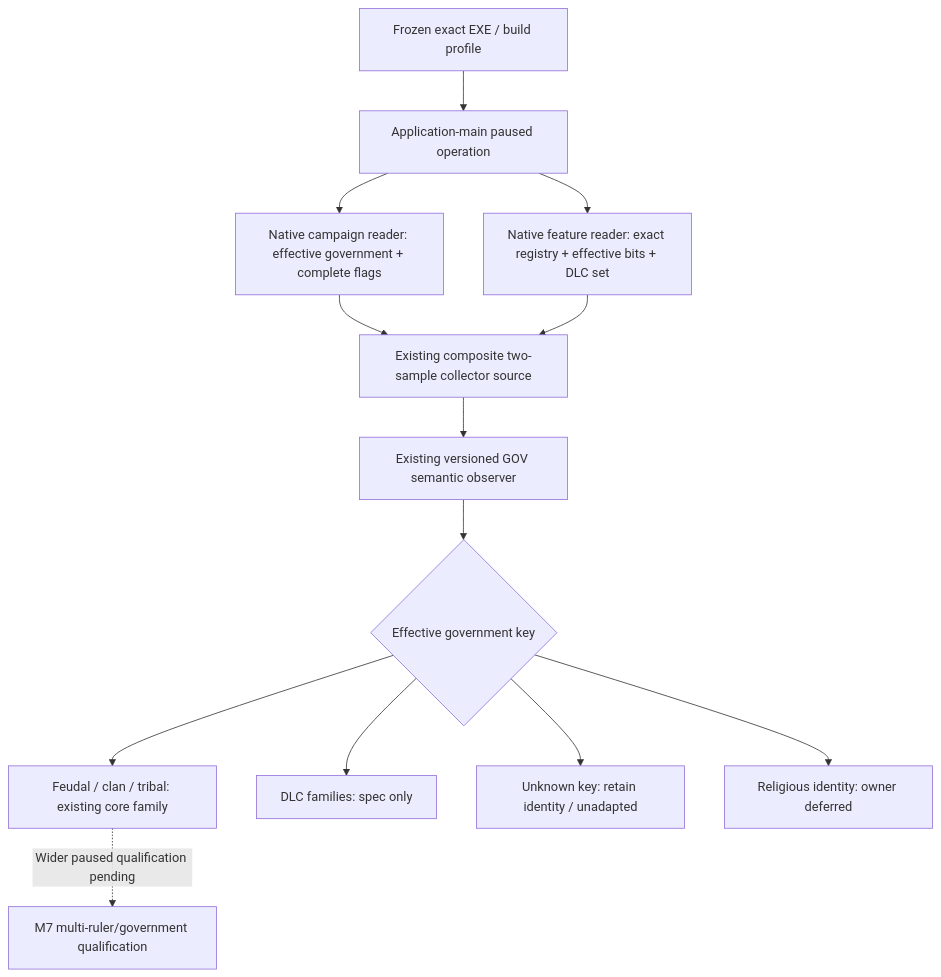
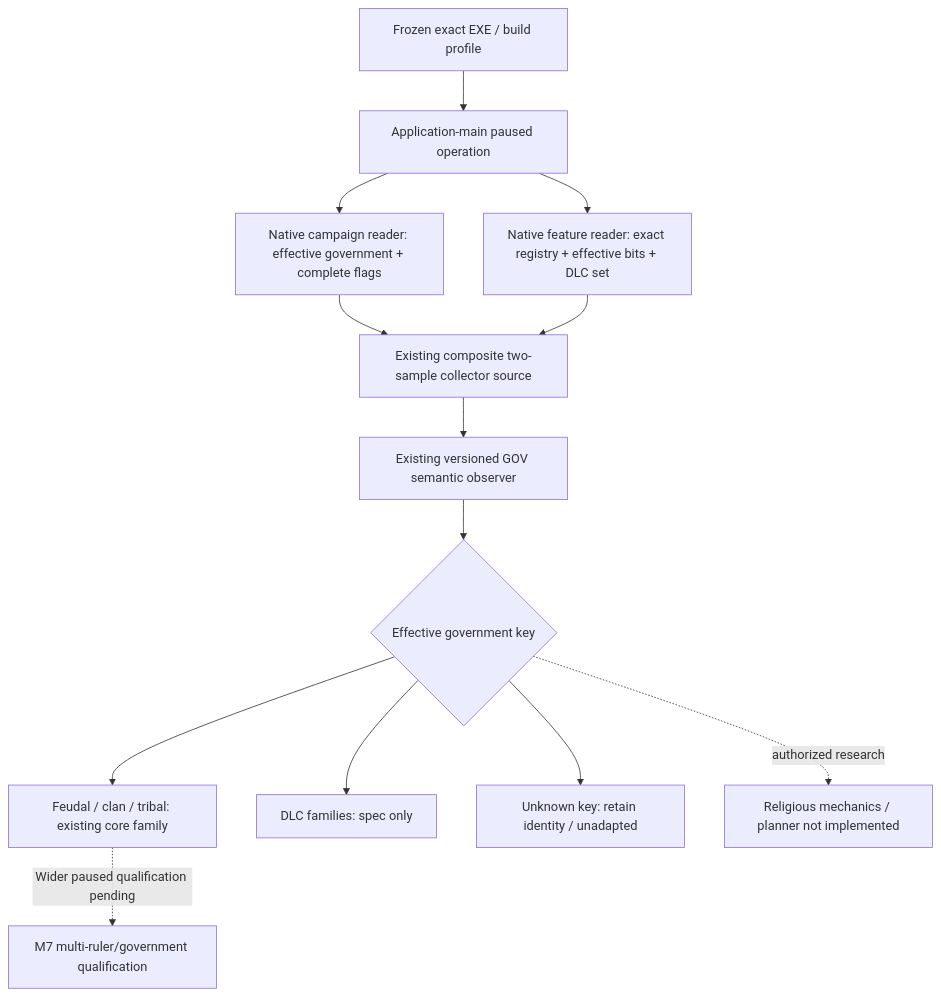
One commit to XenoAmess/ck3_eternal_recurrence changed the diagram in docs/ck3-native-ai/government-runtime-adapter-1.20.0.2.md. Above: the diagram before and after it, drawn with Mermaid. The commit also changed other lines of this file and 69 other files, not shown here.

````diff
--- a/docs/ck3-native-ai/government-runtime-adapter-1.20.0.2.md
+++ b/docs/ck3-native-ai/government-runtime-adapter-1.20.0.2.md
@@ -39,15 +47,15 @@
 ```mermaid
 flowchart TD
   E["Frozen exact EXE / build profile"] --> P["Application-main paused operation"]
   P --> C["Native campaign reader: effective government + complete flags"]
   P --> F["Native feature reader: exact registry + effective bits + DLC set"]
   C --> S["Existing composite two-sample collector source"]
   F --> S
   S --> O["Existing versioned GOV semantic observer"]
   O --> G{"Effective government key"}
   G --> K["Feudal / clan / tribal: existing core family"]
   G --> D["DLC families: spec only"]
   G --> U["Unknown key: retain identity / unadapted"]
-  G --> R["Religious identity: owner deferred"]
+  G -. "authorized research" .-> R["Religious mechanics / planner not implemented"]
   K -. "Wider paused qualification pending" .-> L["M7 multi-ruler/government qualification"]
 ```
````
